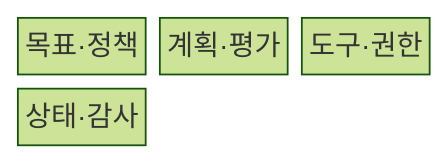
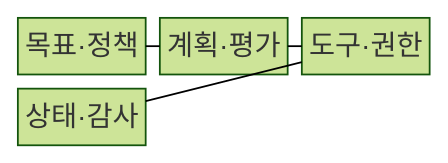
One commit to agnusdei1207/knowledge-base changed the first of 2 diagrams in src/content/docs/notes/08-latest-tech/002_agentic_ai.md. Above: the diagram before and after it, drawn with Mermaid (forest theme). The commit also changed other lines of this file and 228 other files, not shown here.

````diff
--- a/src/content/docs/notes/08-latest-tech/002_agentic_ai.md
+++ b/src/content/docs/notes/08-latest-tech/002_agentic_ai.md
@@ -55,8 +55,11 @@
 ```mermaid
 block-beta
     columns 3
     G["목표·정책"]
     P["계획·평가"]
     T["도구·권한"]
     S["상태·감사"]
+    G --- P
+    P --- T
+    T --- S
 ```
````
